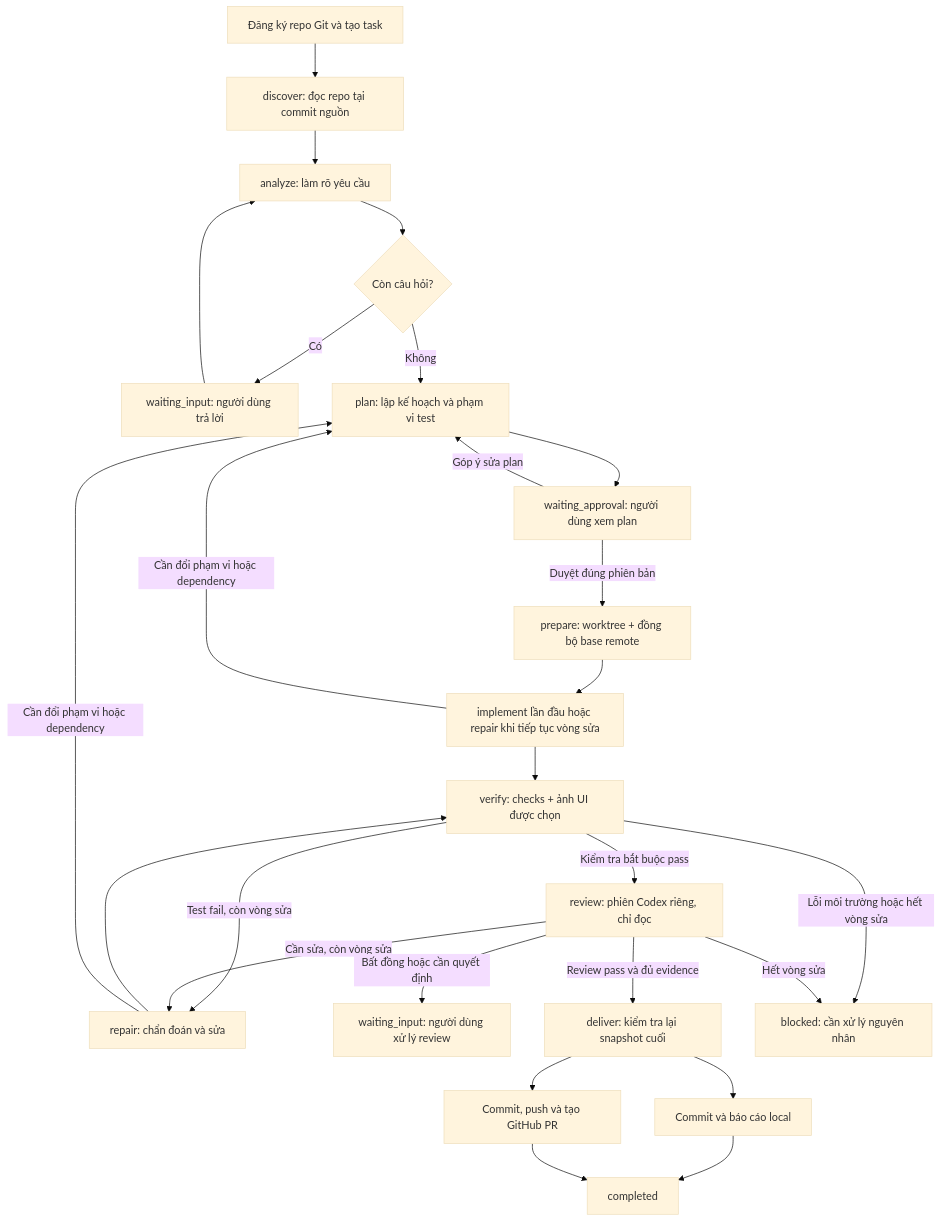
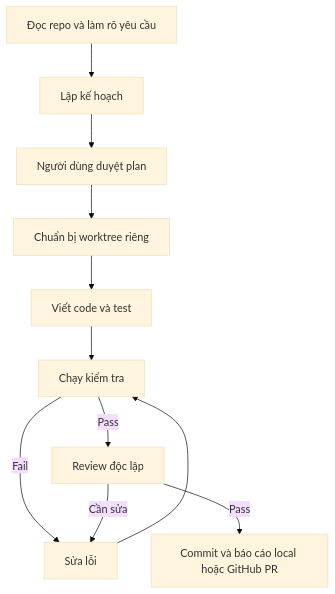
The diagram in README.md (anhkhoa1408/agent-harness-local), drawn with Mermaid (base theme) before and after one commit. The commit also changed other lines of this file and 40 other files, not shown here.

````diff
--- a/README.md
+++ b/README.md
@@ -11,28 +46,13 @@
 ```mermaid
 flowchart TD
-  U[Đăng ký repo Git và tạo task] --> D[discover: đọc repo tại commit nguồn]
-  D --> A[analyze: làm rõ yêu cầu]
-  A --> Q{Còn câu hỏi?}
-  Q -->|Có| I[waiting_input: người dùng trả lời]
-  I --> A
-  Q -->|Không| P[plan: lập kế hoạch và phạm vi test]
-  P --> G[waiting_approval: người dùng xem plan]
-  G -->|Góp ý sửa plan| P
-  G -->|Duyệt đúng phiên bản| W[prepare: worktree + đồng bộ base remote]
-  W --> C[implement lần đầu hoặc repair khi tiếp tục vòng sửa]
-  C --> V[verify: checks + ảnh UI được chọn]
-  V -->|Kiểm tra bắt buộc pass| R[review: phiên Codex riêng, chỉ đọc]
-  V -->|Test fail, còn vòng sửa| F[repair: chẩn đoán và sửa]
-  R -->|Cần sửa, còn vòng sửa| F
-  F --> V
-  C -->|Cần đổi phạm vi hoặc dependency| P
-  F -->|Cần đổi phạm vi hoặc dependency| P
-  R -->|Bất đồng hoặc cần quyết định| I2[waiting_input: người dùng xử lý review]
-  R -->|Review pass và đủ evidence| E[deliver: kiểm tra lại snapshot cuối]
-  E --> L[Commit và báo cáo local]
-  E --> H[Commit, push và tạo GitHub PR]
-  L --> DONE[completed]
-  H --> DONE
-  V -->|Lỗi môi trường hoặc hết vòng sửa| B[blocked: cần xử lý nguyên nhân]
-  R -->|Hết vòng sửa| B
+  A[Đọc repo và làm rõ yêu cầu] --> B[Lập kế hoạch]
+  B --> C[Người dùng duyệt plan]
+  C --> D[Chuẩn bị worktree riêng]
+  D --> E[Viết code và test]
+  E --> F[Chạy kiểm tra]
+  F -->|Pass| G[Review độc lập]
+  F -->|Fail| H[Sửa lỗi]
+  G -->|Cần sửa| H
+  H --> F
+  G -->|Pass| I[Commit và báo cáo local hoặc GitHub PR]
 ```
````
